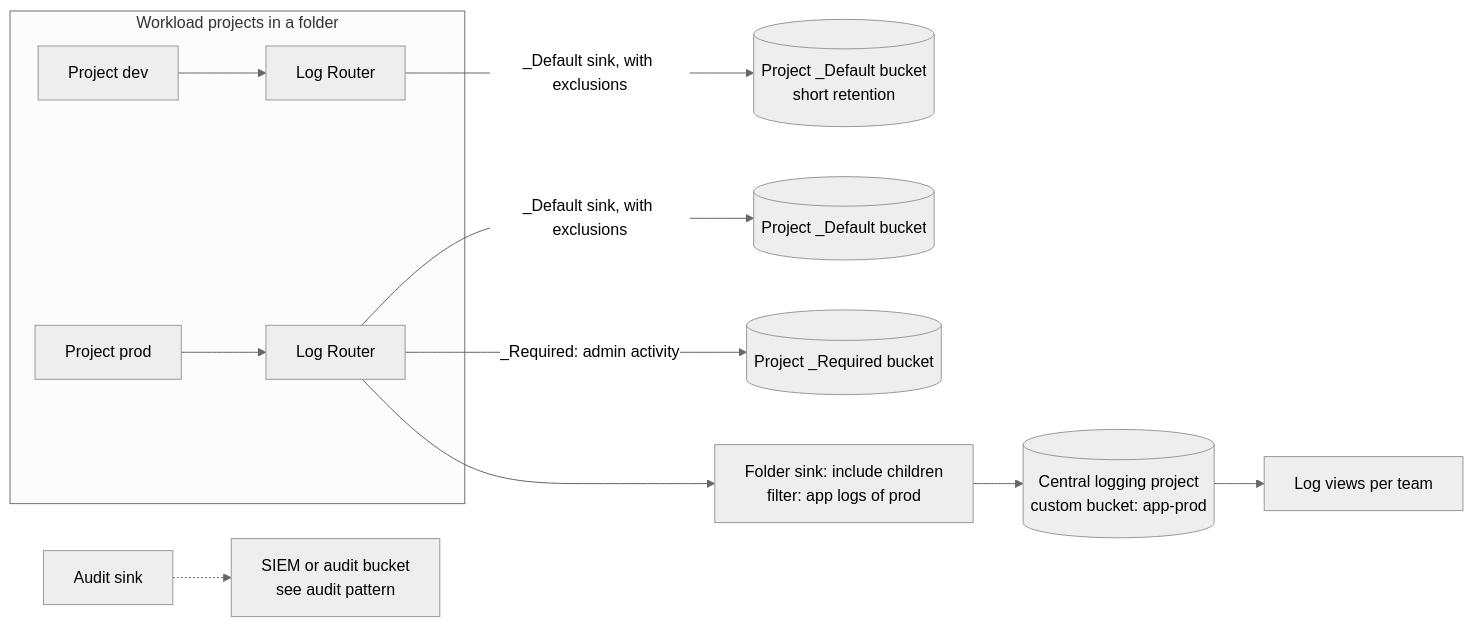
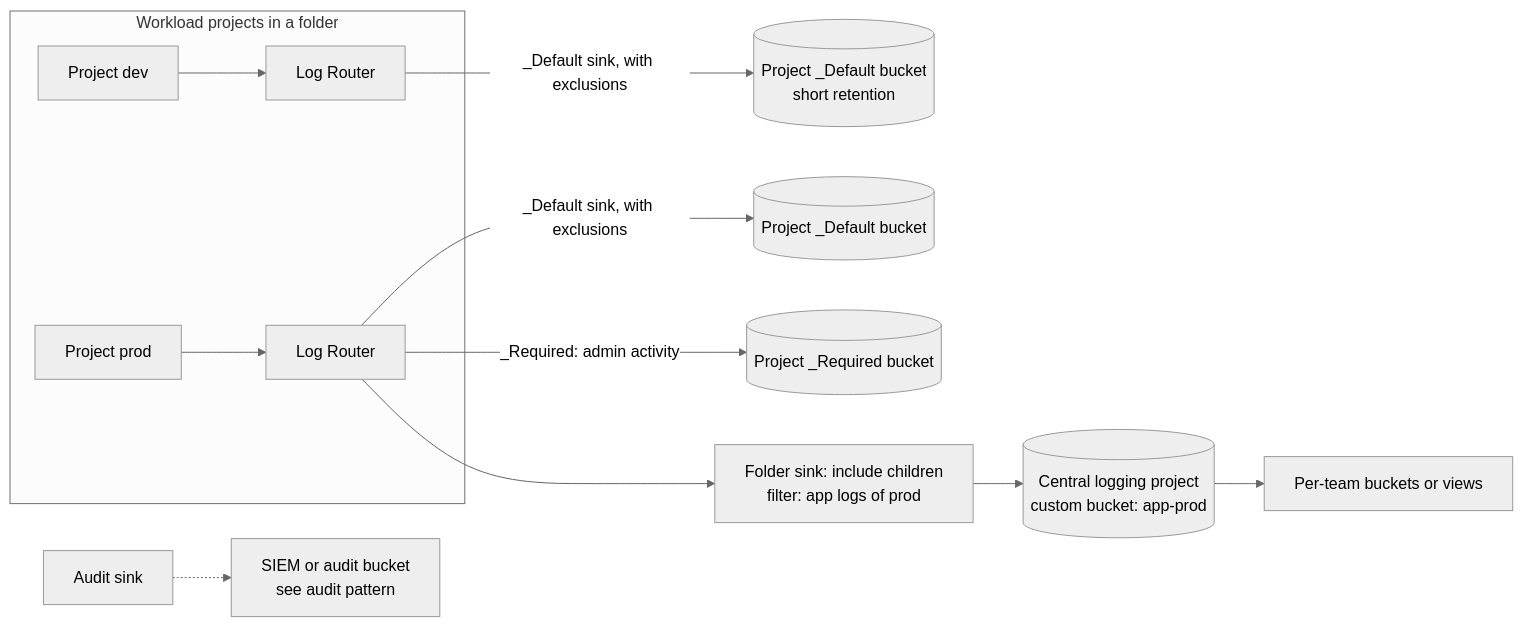
The diagram in content/architecture/logging-architecture-gke-and-cloud-logging.md (greenblacked/Notes), drawn with Mermaid (neutral theme) before and after one commit. The commit also changed other lines of this file and 116 other files, not shown here.

````diff
--- a/content/architecture/logging-architecture-gke-and-cloud-logging.md
+++ b/content/architecture/logging-architecture-gke-and-cloud-logging.md
@@ -43,14 +43,14 @@
 ```mermaid
 flowchart LR
   subgraph projects[Workload projects in a folder]
     P1[Project dev] --> R1[Log Router]
     P2[Project prod] --> R2[Log Router]
   end
   R1 -->|_Default sink, with exclusions| B1[(Project _Default bucket<br/>short retention)]
   R2 -->|_Default sink, with exclusions| B2[(Project _Default bucket)]
   R2 -->|_Required: admin activity| REQ[(Project _Required bucket)]
   FS[Folder sink: include children<br/>filter: app logs of prod] --> CENTRAL[(Central logging project<br/>custom bucket: app-prod)]
   R2 --> FS
-  CENTRAL --> VIEWS[Log views per team]
+  CENTRAL --> VIEWS[Per-team buckets or views]
   AUDIT[Audit sink] -.-> SIEM[SIEM or audit bucket<br/>see audit pattern]
 ```
````
